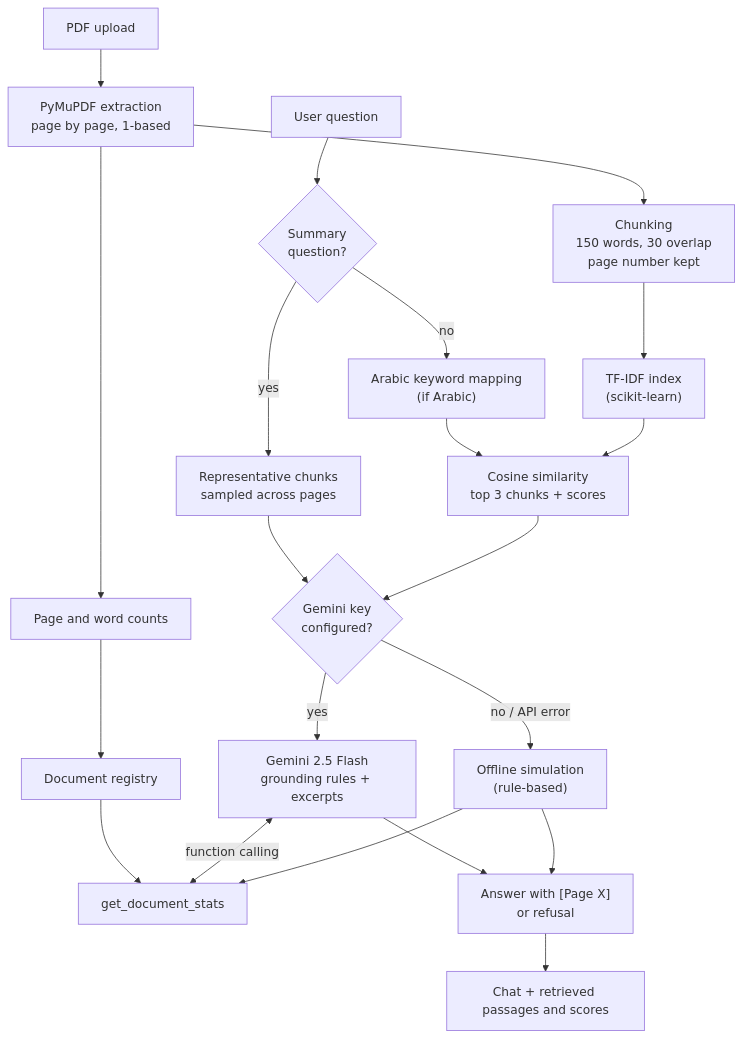
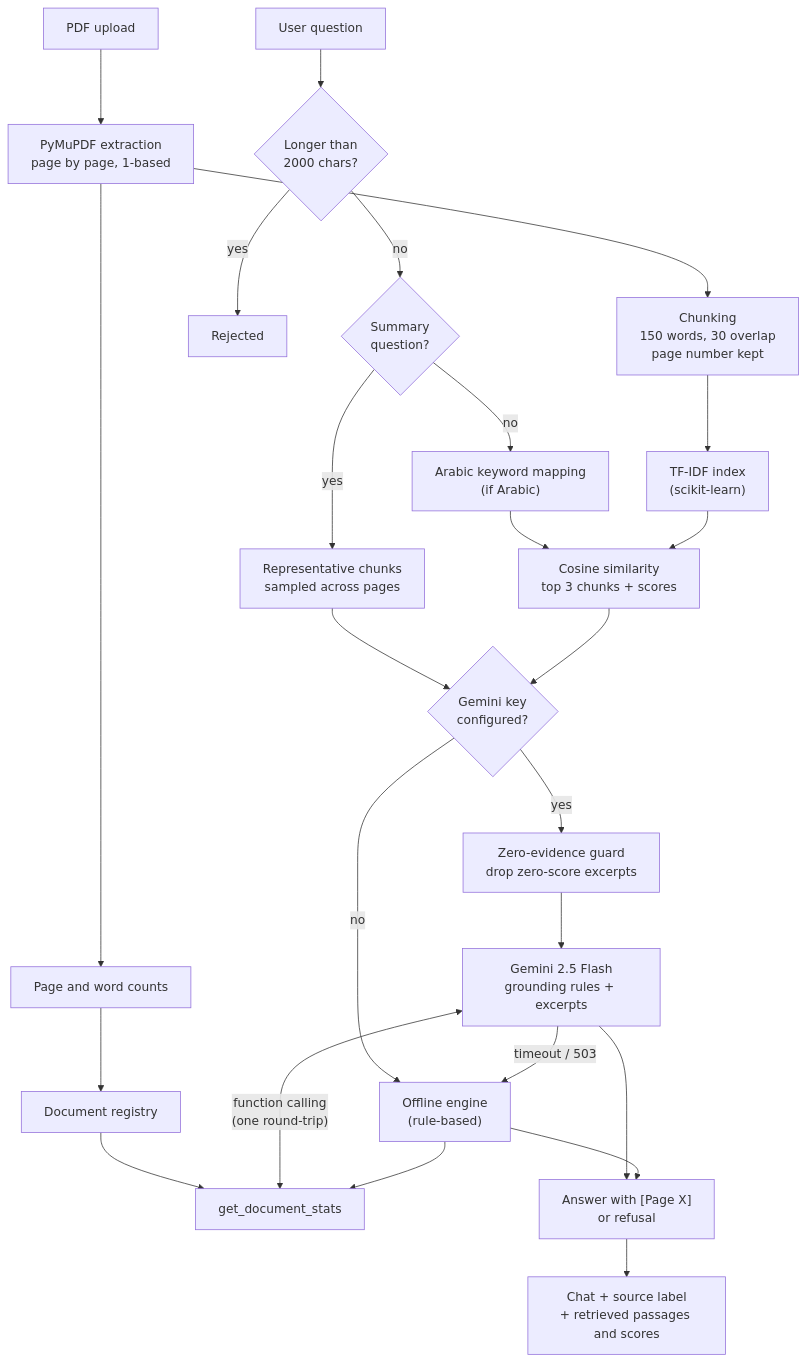
The diagram in README.md (lolo67fa/ask-my-pdf-rag), drawn with Mermaid before and after one commit. The commit also changed other lines of this file and 12 other files, not shown here.

First line of the commit message:
Add zero-evidence guard, answer-source labels, and deployment prep

````diff
--- a/README.md
+++ b/README.md
@@ -109,26 +125,30 @@
 ```mermaid
 flowchart TD
     A["PDF upload"] --> B["PyMuPDF extraction<br/>page by page, 1-based"]
     B --> C["Chunking<br/>150 words, 30 overlap<br/>page number kept"]
     B --> M["Page and word counts"]
     M --> REG["Document registry"]
     C --> D["TF-IDF index<br/>(scikit-learn)"]
 
-    Q["User question"] --> S{"Summary<br/>question?"}
+    Q["User question"] --> LEN{"Longer than<br/>2000 chars?"}
+    LEN -- yes --> REJ["Rejected"]
+    LEN -- no --> S{"Summary<br/>question?"}
     S -- yes --> SP["Representative chunks<br/>sampled across pages"]
     S -- no --> L["Arabic keyword mapping<br/>(if Arabic)"]
     L --> F["Cosine similarity<br/>top 3 chunks + scores"]
     D --> F
 
     SP --> G{"Gemini key<br/>configured?"}
     F --> G
-    G -- yes --> GEM["Gemini 2.5 Flash<br/>grounding rules + excerpts"]
-    G -- "no / API error" --> OFF["Offline simulation<br/>(rule-based)"]
+    G -- yes --> EV["Zero-evidence guard<br/>drop zero-score excerpts"]
+    EV --> GEM["Gemini 2.5 Flash<br/>grounding rules + excerpts"]
+    G -- no --> OFF["Offline engine<br/>(rule-based)"]
+    GEM -- "timeout / 503" --> OFF
     REG --> TOOL["get_document_stats"]
-    GEM <-->|function calling| TOOL
+    GEM <-->|"function calling<br/>(one round-trip)"| TOOL
     OFF --> TOOL
 
     GEM --> ANS["Answer with [Page X]<br/>or refusal"]
     OFF --> ANS
-    ANS --> UI["Chat + retrieved passages and scores"]
+    ANS --> UI["Chat + source label<br/>+ retrieved passages and scores"]
 ```
````
